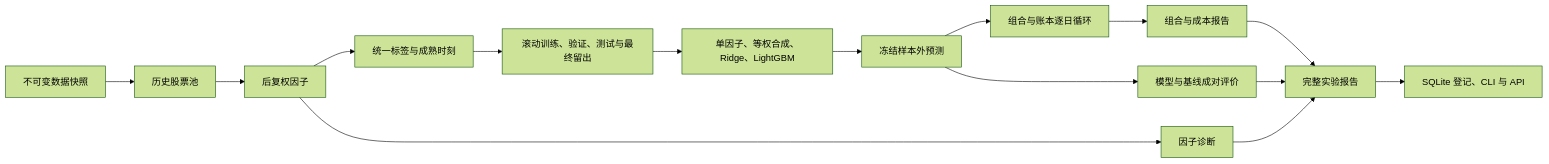
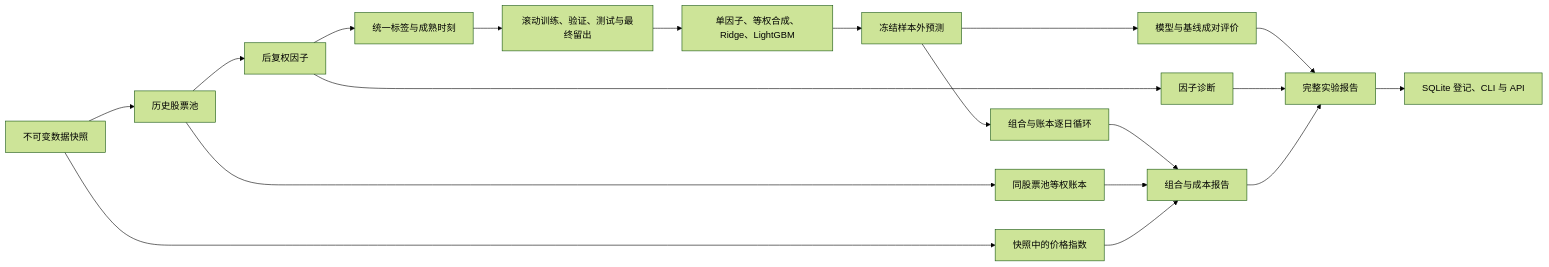
Before and after one commit to LukarXiang/observe: the diagram in docs/07-后端研究框架逻辑.md, drawn with Mermaid (forest theme). The commit also changed other lines of this file and 28 other files, not shown here.

````diff
--- a/docs/07-后端研究框架逻辑.md
+++ b/docs/07-后端研究框架逻辑.md
@@ -8,17 +8,21 @@
 ```mermaid
 flowchart LR
     A[不可变数据快照] --> B[历史股票池]
     B --> C[后复权因子]
     C --> D[统一标签与成熟时刻]
     D --> E[滚动训练、验证、测试与最终留出]
     E --> F[单因子、等权合成、Ridge、LightGBM]
     F --> G[冻结样本外预测]
     G --> H[组合与账本逐日循环]
     G --> I[模型与基线成对评价]
     C --> J[因子诊断]
     H --> K[组合与成本报告]
+    B --> N[同股票池等权账本]
+    N --> K
+    A --> O[快照中的价格指数]
+    O --> K
     I --> L[完整实验报告]
     J --> L
     K --> L
     L --> M[SQLite 登记、CLI 与 API]
 ```
````
